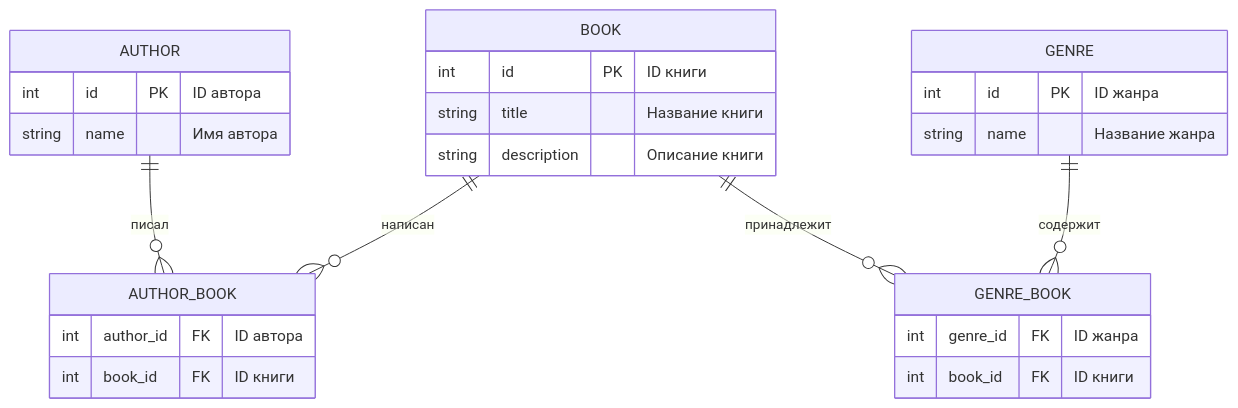
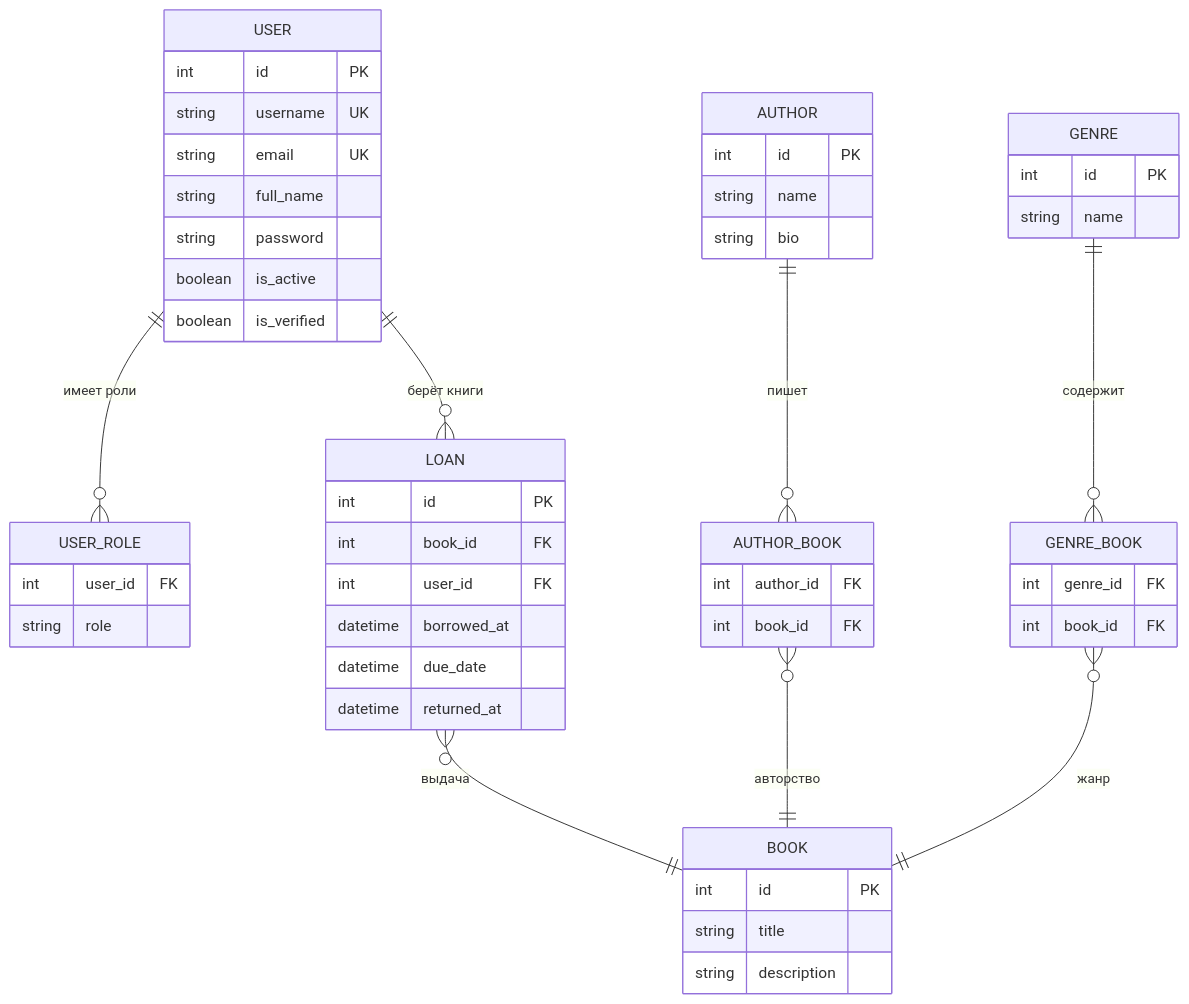
Before and after one commit to wowlikon/LibraryAPI: the diagram in README.md, drawn with Mermaid. The commit also changed other lines of this file and 5 other files, not shown here.

````diff
--- a/README.md
+++ b/README.md
@@ -101,34 +106,63 @@
 ```mermaid
 erDiagram
-    AUTHOR {
-        int id PK "ID автора"
-        string name "Имя автора"
+    USER {
+        int id PK
+        string username UK
+        string email UK
+        string full_name
+        string password
+        boolean is_active
+        boolean is_verified
+    }
+
+    USER_ROLE {
+        int user_id FK
+        string role
+    }
+
+    LOAN {
+        int id PK
+        int book_id FK
+        int user_id FK
+        datetime borrowed_at
+        datetime due_date
+        datetime returned_at
     }
 
     BOOK {
-        int id PK "ID книги"
-        string title "Название книги"
-        string description "Описание книги"
+        int id PK
+        string title
+        string description
+    }
+
+    AUTHOR {
+        int id PK
+        string name
+        string bio
     }
 
     GENRE {
-        int id PK "ID жанра"
-        string name "Название жанра"
+        int id PK
+        string name
     }
 
     AUTHOR_BOOK {
-        int author_id FK "ID автора"
-        int book_id FK "ID книги"
+        int author_id FK
+        int book_id FK
     }
 
     GENRE_BOOK {
-        int genre_id FK "ID жанра"
-        int book_id FK "ID книги"
+        int genre_id FK
+        int book_id FK
     }
 
-    AUTHOR ||--o{ AUTHOR_BOOK : "писал"
-    BOOK   ||--o{ AUTHOR_BOOK : "написан"
+    USER ||--o{ USER_ROLE : "имеет роли"
+    USER ||--o{ LOAN : "берёт книги"
+    LOAN }o--|| BOOK : "выдача"
 
-    BOOK   ||--o{ GENRE_BOOK : "принадлежит"
-    GENRE  ||--o{ GENRE_BOOK : "содержит"
+    AUTHOR ||--o{ AUTHOR_BOOK : "пишет"
+    AUTHOR_BOOK }o--|| BOOK : "авторство"
+
+    GENRE ||--o{ GENRE_BOOK : "содержит"
+    GENRE_BOOK }o--|| BOOK : "жанр"
 ```
````
